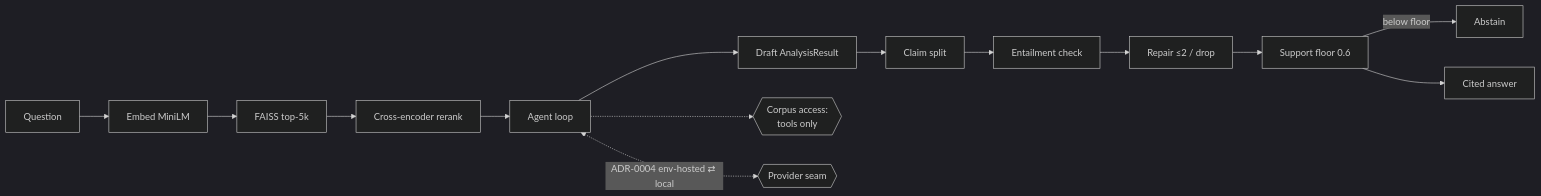
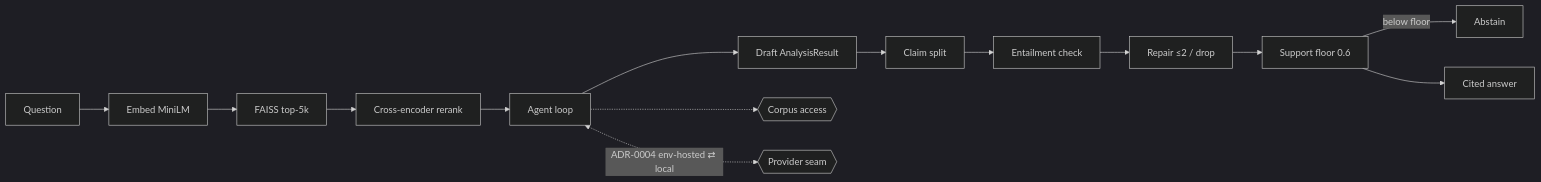
The diagram in docs/projects/01-rag-agent.md (amm-ds/portfolio), drawn with Mermaid (dark theme) before and after one commit. The commit also changed 6 other files, not shown here.

First line of the commit message:
content(01,06-08,10): mermaid diagrams to the short-label house standard; 08 gains its missing bench-harness diagram

````diff
--- a/docs/projects/01-rag-agent.md
+++ b/docs/projects/01-rag-agent.md
@@ -25,16 +25,16 @@
 ```mermaid
 flowchart LR
     Q[Question] --> E[Embed MiniLM]
     E --> F[FAISS top-5k]
     F --> X[Cross-encoder rerank]
     X --> A[Agent loop]
     A --> D[Draft AnalysisResult]
     D --> S[Claim split]
     S --> N[Entailment check]
     N --> P[Repair ≤2 / drop]
     P --> O[Support floor 0.6]
     O -->|below floor| B[Abstain]
     O --> C[Cited answer]
-    A -.-> T{{Corpus access:<br/>tools only}}
+    A -.-> T{{Corpus access}}
     A <-.->|ADR-0004 env-hosted ⇄ local| L{{Provider seam}}
 ```
````
